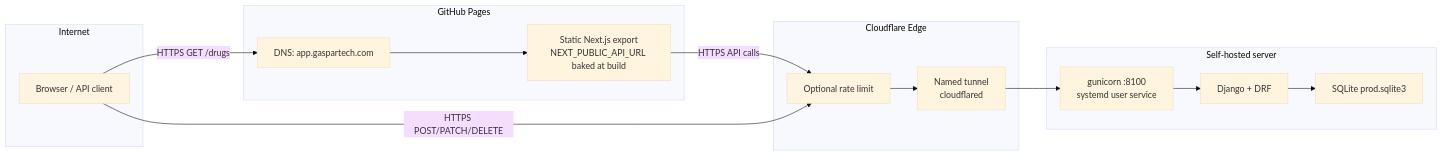
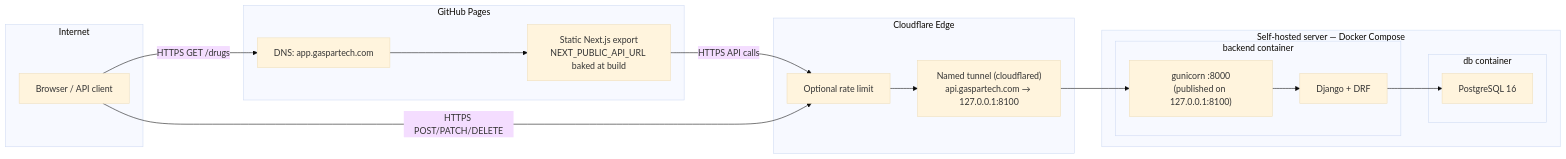
One commit to jsteve1/surecost-drug-catalog changed the first of 5 diagrams in frontend/public/docs/PRODUCTION_HOSTING.md. Above: the diagram before and after it, drawn with Mermaid (base theme). The commit also changed other lines of this file and 4 other files, not shown here.

First line of the commit message:
fix(project-docs): repair mermaid diagrams + add click-to-zoom; update Tier 0 hosting

````diff
--- a/frontend/public/docs/PRODUCTION_HOSTING.md
+++ b/frontend/public/docs/PRODUCTION_HOSTING.md
@@ -26,31 +26,35 @@
 ```mermaid
 flowchart LR
-    subgraph Internet
-        U[Browser / API client]
+    subgraph Internet["Internet"]
+        U["Browser / API client"]
     end
 
     subgraph GitHub["GitHub Pages"]
         CF_DNS["DNS: app.gaspartech.com"]
         PAGES["Static Next.js export<br/>NEXT_PUBLIC_API_URL baked at build"]
     end
 
     subgraph Cloudflare["Cloudflare Edge"]
         WAF0["Optional rate limit"]
-        TUN["Named tunnel<br/>cloudflared"]
+        TUN["Named tunnel (cloudflared)<br/>api.gaspartech.com → 127.0.0.1:8100"]
     end
 
-    subgraph SelfHosted["Self-hosted server"]
-        GUN["gunicorn :8100<br/>systemd user service"]
-        DJ["Django + DRF"]
-        SQL["SQLite prod.sqlite3"]
+    subgraph SelfHosted["Self-hosted server — Docker Compose"]
+        subgraph BE["backend container"]
+            GUN["gunicorn :8000<br/>(published on 127.0.0.1:8100)"]
+            DJ["Django + DRF"]
+        end
+        subgraph DB["db container"]
+            PG["PostgreSQL 16"]
+        end
     end
 
     U -->|HTTPS GET /drugs| CF_DNS
     CF_DNS --> PAGES
     PAGES -->|HTTPS API calls| WAF0
     U -->|HTTPS POST/PATCH/DELETE| WAF0
     WAF0 --> TUN
     TUN --> GUN
     GUN --> DJ
-    DJ --> SQL
+    DJ --> PG
 ```
````
